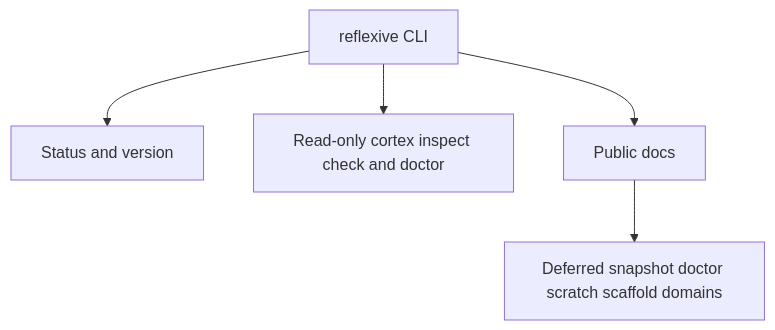
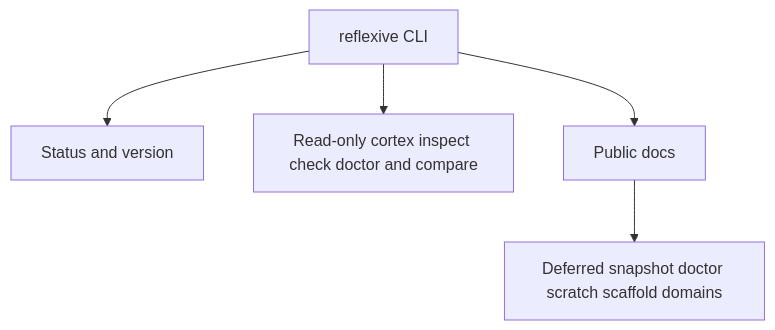
One commit to rohankhanna/reflexive changed the diagram in docs/architecture.mmd. Above: the diagram before and after it, drawn with Mermaid. The commit also changed 6 other files, not shown here.

Commit message:
feat: add public read-only cortex compare command

```diff
--- a/docs/architecture.mmd
+++ b/docs/architecture.mmd
@@ -1,5 +1,5 @@
 flowchart TD
     CLI[reflexive CLI] --> STATUS[Status and version]
-    CLI --> INSPECT[Read-only cortex inspect check and doctor]
+    CLI --> INSPECT[Read-only cortex inspect check doctor and compare]
     CLI --> DOCS[Public docs]
     DOCS --> FUTURE[Deferred snapshot doctor scratch scaffold domains]
```
